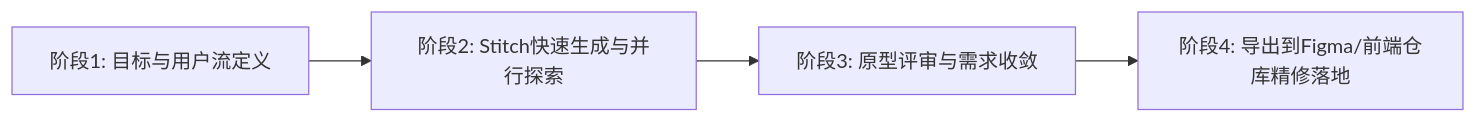
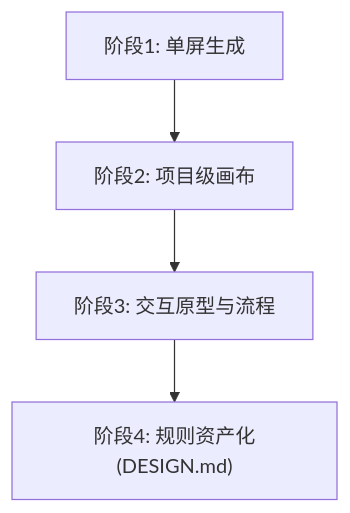
The second of 6 diagrams in _posts/2026-03-21-stitch-with-google-情报整理-产品原理与使用路径.markdown (JimmyWangJimmy/JimmyWangJimmy.github.io), drawn with Mermaid before and after one commit. The commit also changed other lines of this file, not shown here.

````diff
--- a/_posts/2026-03-21-stitch-with-google-情报整理-产品原理与使用路径.markdown
+++ b/_posts/2026-03-21-stitch-with-google-情报整理-产品原理与使用路径.markdown
@@ -161,6 +62,6 @@
 ```mermaid
-flowchart LR
-    A["阶段1: 目标与用户流定义"] --> B["阶段2: Stitch快速生成与并行探索"]
-    B --> C["阶段3: 原型评审与需求收敛"]
-    C --> D["阶段4: 导出到Figma/前端仓库精修落地"]
+flowchart TD
+    A["阶段1: 单屏生成"] --> B["阶段2: 项目级画布"]
+    B --> C["阶段3: 交互原型与流程"]
+    C --> D["阶段4: 规则资产化(DESIGN.md)"]
 ```
````
